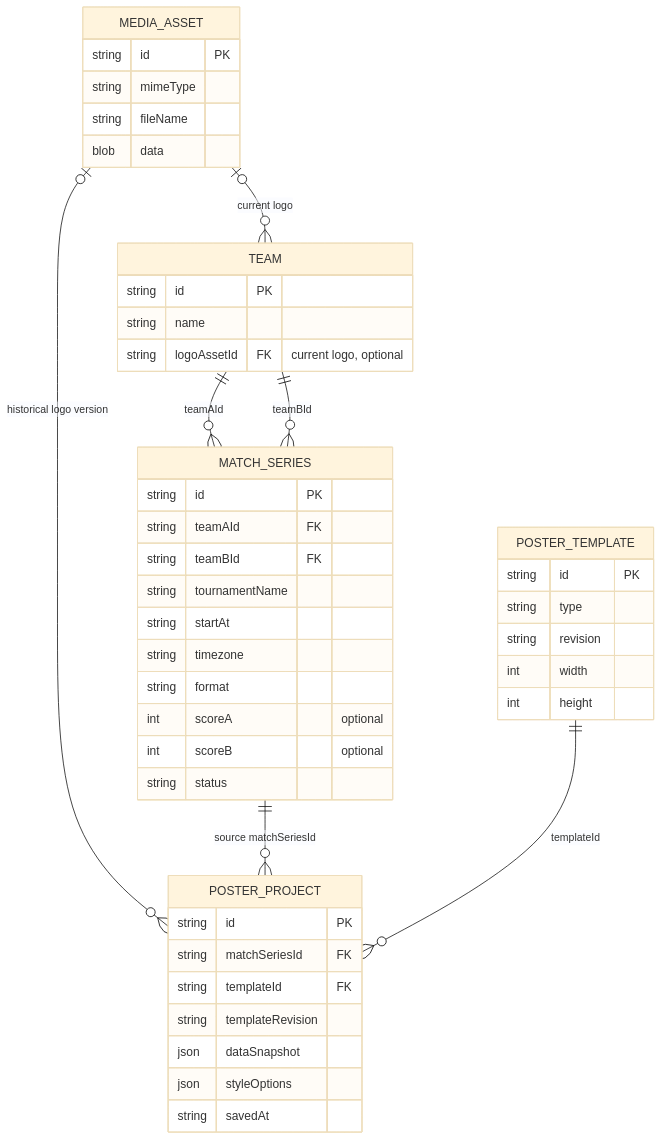
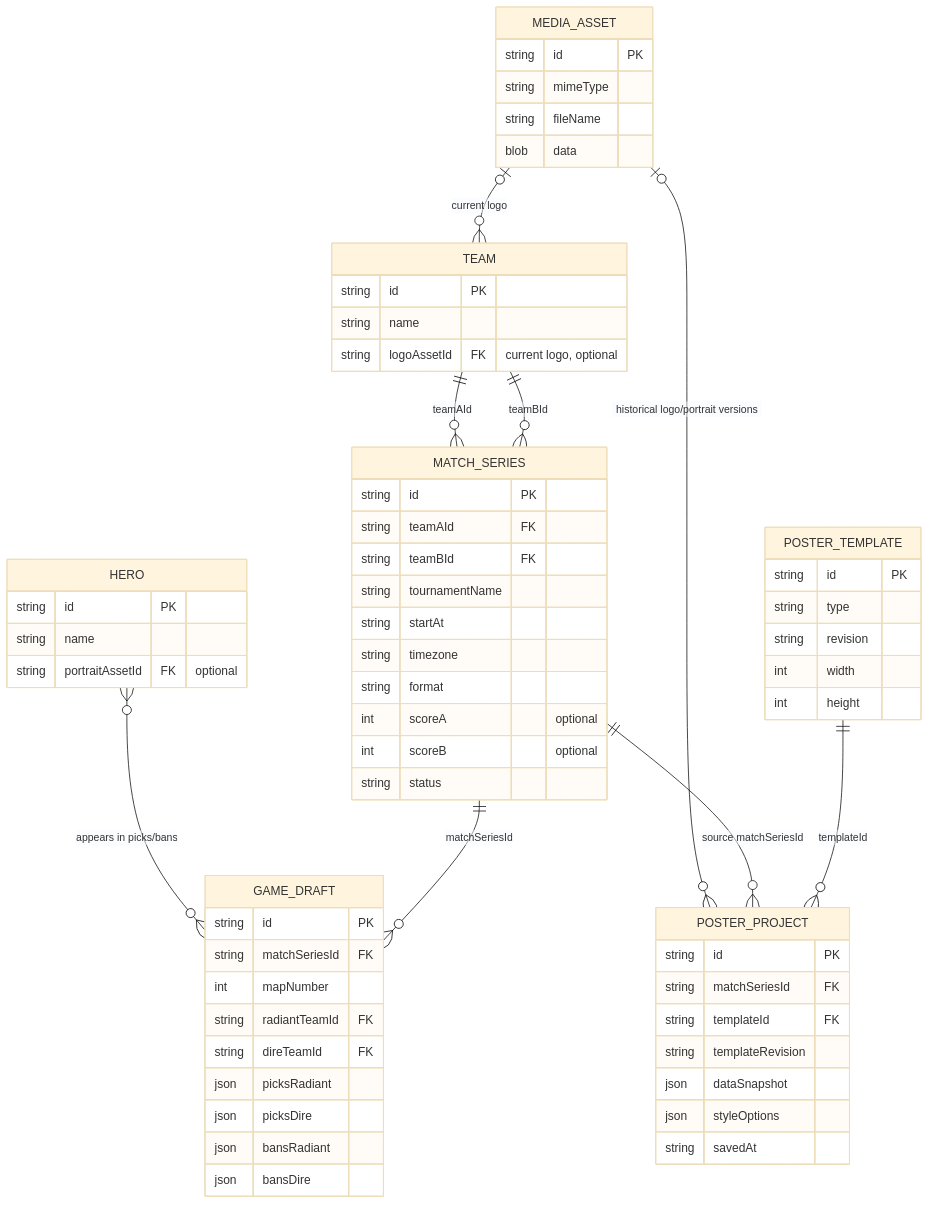
Before and after one commit to qroka/DotaFrame: the diagram in docs/architecture/data-model.md, drawn with Mermaid (base theme). The commit also changed other lines of this file and 11 other files, not shown here.

````diff
--- a/docs/architecture/data-model.md
+++ b/docs/architecture/data-model.md
@@ -16,53 +16,73 @@
 ```mermaid
 erDiagram
     TEAM ||--o{ MATCH_SERIES : "teamAId"
     TEAM ||--o{ MATCH_SERIES : "teamBId"
     MEDIA_ASSET o|--o{ TEAM : "current logo"
-    MEDIA_ASSET o|--o{ POSTER_PROJECT : "historical logo version"
+    MEDIA_ASSET o|--o{ POSTER_PROJECT : "historical logo/portrait versions"
+    HERO }o--o{ GAME_DRAFT : "appears in picks/bans"
+    MATCH_SERIES ||--o{ GAME_DRAFT : "matchSeriesId"
     MATCH_SERIES ||--o{ POSTER_PROJECT : "source matchSeriesId"
     POSTER_TEMPLATE ||--o{ POSTER_PROJECT : "templateId"
 
     TEAM {
       string id PK
       string name
       string logoAssetId FK "current logo, optional"
     }
 
     MEDIA_ASSET {
       string id PK
       string mimeType
       string fileName
       blob data
     }
 
     MATCH_SERIES {
       string id PK
       string teamAId FK
       string teamBId FK
       string tournamentName
       string startAt
       string timezone
       string format
       int scoreA "optional"
       int scoreB "optional"
       string status
     }
 
+    HERO {
+      string id PK
+      string name
+      string portraitAssetId FK "optional"
+    }
+
+    GAME_DRAFT {
+      string id PK
+      string matchSeriesId FK
+      int mapNumber
+      string radiantTeamId FK
+      string direTeamId FK
+      json picksRadiant
+      json picksDire
+      json bansRadiant
+      json bansDire
+    }
+
     POSTER_TEMPLATE {
       string id PK
       string type
       string revision
       int width
       int height
     }
 
     POSTER_PROJECT {
       string id PK
       string matchSeriesId FK
       string templateId FK
       string templateRevision
       json dataSnapshot
       json styleOptions
       string savedAt
     }
 ```
````
